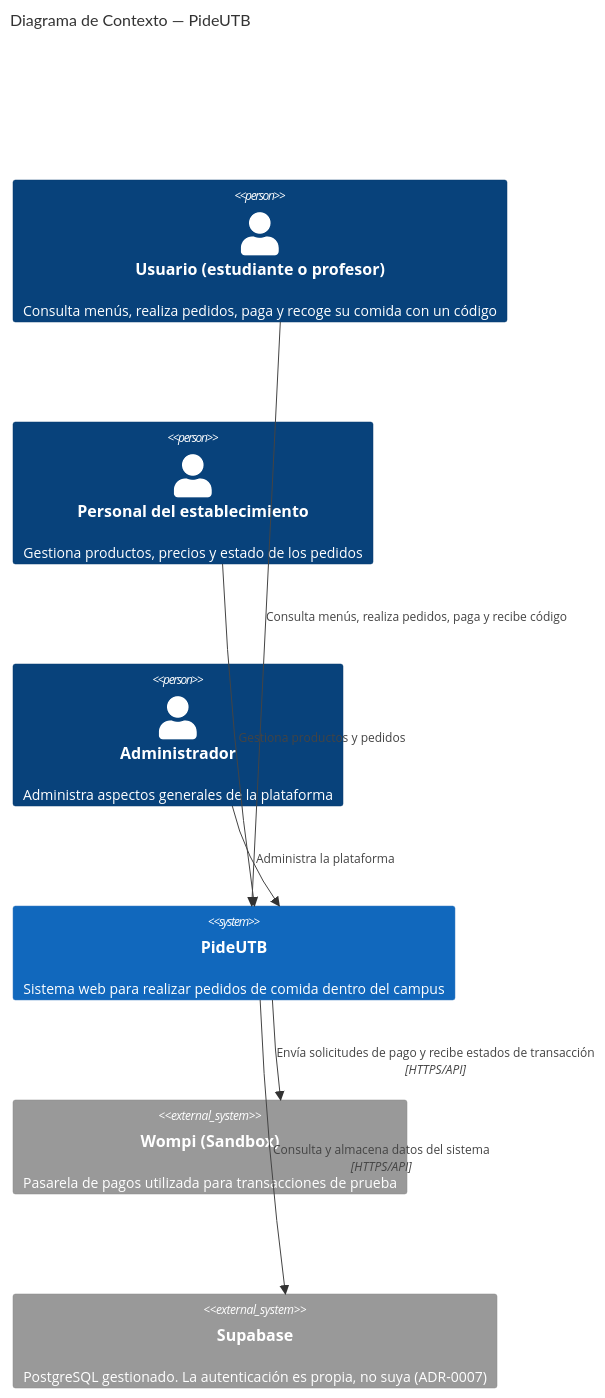
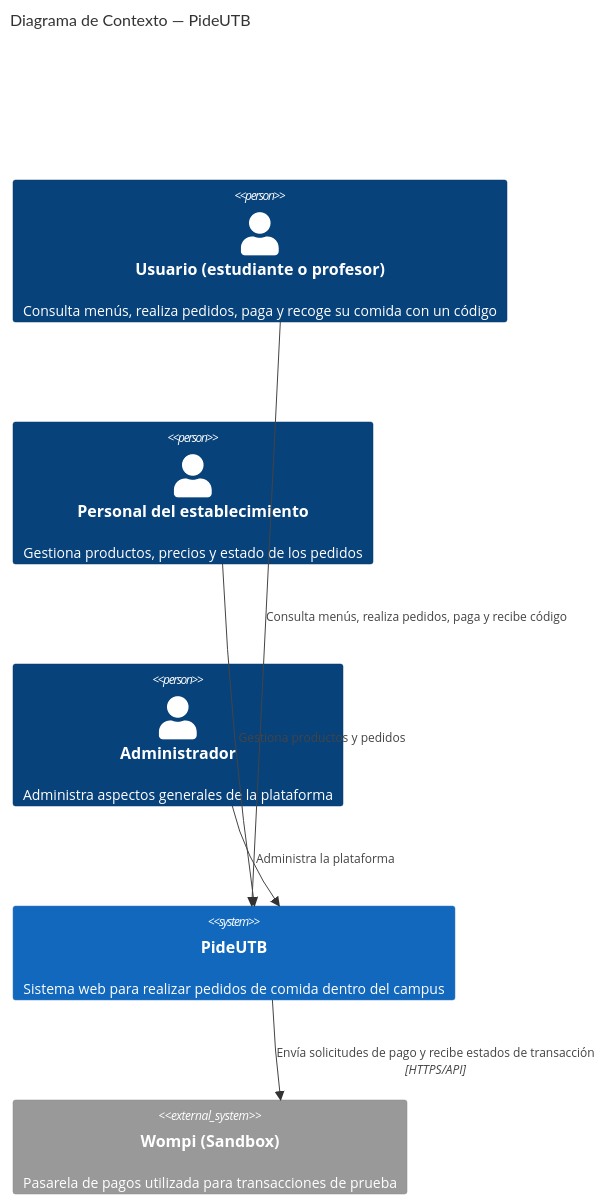
The diagram in docs/c4/nivel1-contexto.md (ISCOUTB/AS_202620_PideUtb), drawn with Mermaid before and after one commit. The commit also changed other lines of this file and 12 other files, not shown here.

````diff
--- a/docs/c4/nivel1-contexto.md
+++ b/docs/c4/nivel1-contexto.md
@@ -7,19 +7,17 @@
 ``` mermaid
 C4Context
     title Diagrama de Contexto — PideUTB
 
     Person(usuario, "Usuario (estudiante o profesor)", "Consulta menús, realiza pedidos, paga y recoge su comida con un código")
     Person(establecimiento, "Personal del establecimiento", "Gestiona productos, precios y estado de los pedidos")
     Person(admin, "Administrador", "Administra aspectos generales de la plataforma")
 
     System(pideutb, "PideUTB", "Sistema web para realizar pedidos de comida dentro del campus")
 
     System_Ext(wompi, "Wompi (Sandbox)", "Pasarela de pagos utilizada para transacciones de prueba")
-    System_Ext(supabase, "Supabase", "PostgreSQL gestionado. La autenticación es propia, no suya (ADR-0007)")
 
     Rel(usuario, pideutb, "Consulta menús, realiza pedidos, paga y recibe código")
     Rel(establecimiento, pideutb, "Gestiona productos y pedidos")
     Rel(admin, pideutb, "Administra la plataforma")
     Rel(pideutb, wompi, "Envía solicitudes de pago y recibe estados de transacción", "HTTPS/API")
-    Rel(pideutb, supabase, "Consulta y almacena datos del sistema", "HTTPS/API")
 ```
````
